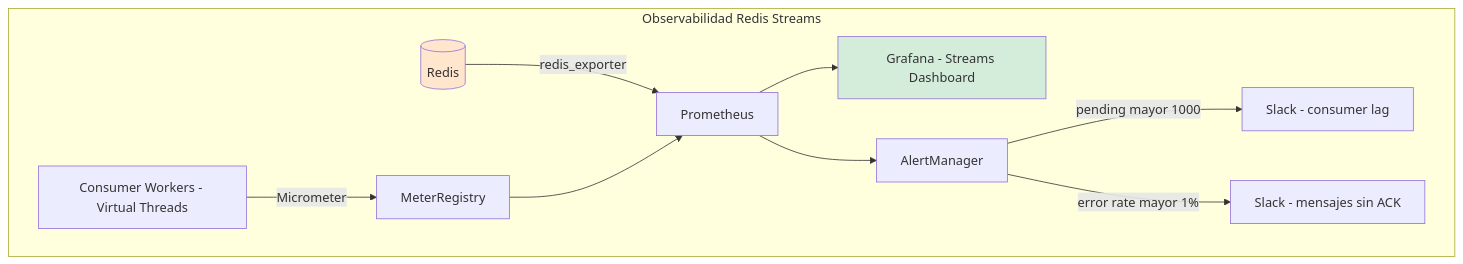
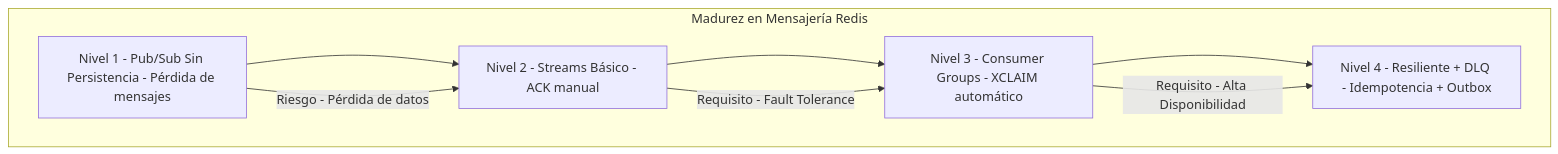
The third of 3 diagrams in 04_Bases_de_Datos/redis_avanzado_streams_pubsub_y_patrones_de_mensajeria_STAFF.md (Joaquinriosheredia/DAM-Java-Mastery), drawn with Mermaid before and after one commit. The commit also changed other lines of this file, not shown here.

Commit message:
redis_avanzado_streams_pubsub_y_patrones_de_mensajeria_STAFF.md

````diff
--- a/04_Bases_de_Datos/redis_avanzado_streams_pubsub_y_patrones_de_mensajeria_STAFF.md
+++ b/04_Bases_de_Datos/redis_avanzado_streams_pubsub_y_patrones_de_mensajeria_STAFF.md
@@ -705,15 +1070,13 @@
 ```mermaid
 graph TD
-    subgraph "Observabilidad Redis Streams"
-        APP[Consumer Workers - Virtual Threads] -->|Micrometer| MIC[MeterRegistry]
-        REDIS[(Redis)] -->|redis_exporter| PROM[Prometheus]
-        MIC --> PROM
-        PROM --> GRAF[Grafana - Streams Dashboard]
-        PROM --> AM[AlertManager]
-        AM -->|pending mayor 1000| SLACK[Slack - consumer lag]
-        AM -->|error rate mayor 1%| WARN[Slack - mensajes sin ACK]
+    subgraph "Madurez en Mensajería Redis"
+        L1[Nivel 1 - Pub/Sub Sin Persistencia - Pérdida de mensajes] --> L2
+        L2[Nivel 2 - Streams Básico - ACK manual] --> L3
+        L3[Nivel 3 - Consumer Groups - XCLAIM automático] --> L4
+        L4[Nivel 4 - Resiliente + DLQ - Idempotencia + Outbox]
     end
     
-    style REDIS fill:#ffe6cc
-    style GRAF fill:#d4edda
+    L1 -->|Riesgo - Pérdida de datos| L2
+    L2 -->|Requisito - Fault Tolerance| L3
+    L3 -->|Requisito - Alta Disponibilidad| L4
 ```
````
